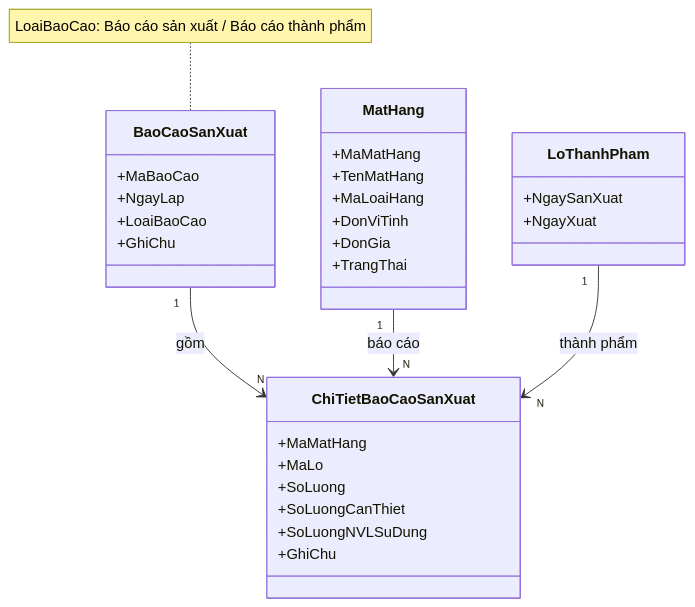
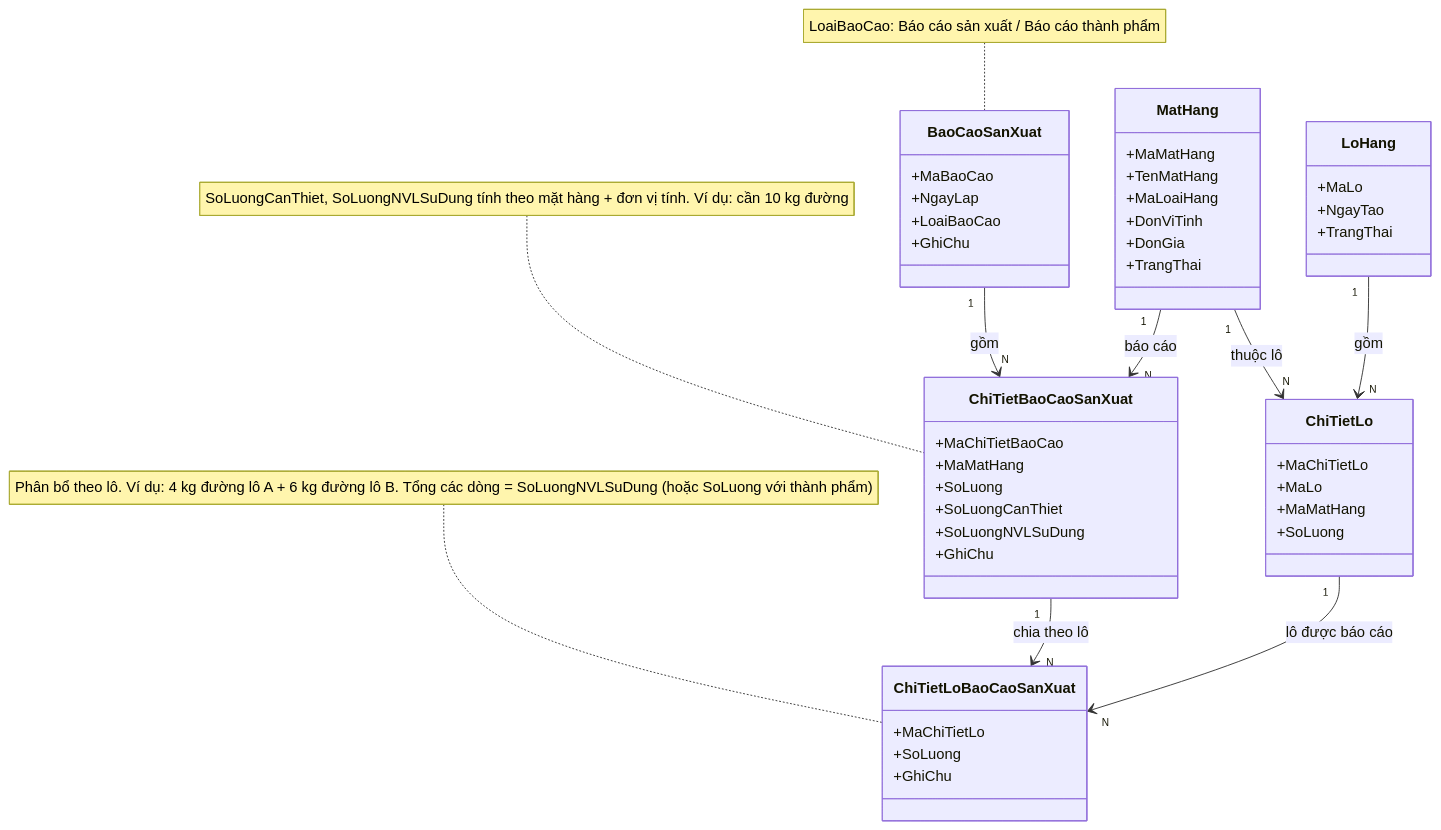
One commit to vthaix/WarehouseSystem changed diagram 12 of 14 in domain_model.md. Above: the diagram before and after it, drawn with Mermaid. The commit also changed other lines of this file, not shown here.

````diff
--- a/domain_model.md
+++ b/domain_model.md
@@ -519,40 +612,60 @@
 ```mermaid
 classDiagram
 
     class BaoCaoSanXuat {
         +MaBaoCao
         +NgayLap
         +LoaiBaoCao
         +GhiChu
     }
 
     class ChiTietBaoCaoSanXuat {
+        +MaChiTietBaoCao
         +MaMatHang
-        +MaLo
         +SoLuong
         +SoLuongCanThiet
         +SoLuongNVLSuDung
+        +GhiChu
+    }
+
+    class ChiTietLoBaoCaoSanXuat {
+        +MaChiTietLo
+        +SoLuong
         +GhiChu
     }
 
     class MatHang {
         +MaMatHang
         +TenMatHang
         +MaLoaiHang
         +DonViTinh
         +DonGia
         +TrangThai
     }
 
-    class LoThanhPham {
-        +NgaySanXuat
-        +NgayXuat
+    class LoHang {
+        +MaLo
+        +NgayTao
+        +TrangThai
+    }
+
+    class ChiTietLo {
+        +MaChiTietLo
+        +MaLo
+        +MaMatHang
+        +SoLuong
     }
 
     BaoCaoSanXuat "1" --> "N" ChiTietBaoCaoSanXuat : gồm
     MatHang "1" --> "N" ChiTietBaoCaoSanXuat : báo cáo
-    LoThanhPham "1" --> "N" ChiTietBaoCaoSanXuat : thành phẩm
+    ChiTietBaoCaoSanXuat "1" --> "N" ChiTietLoBaoCaoSanXuat : chia theo lô
+
+    MatHang "1" --> "N" ChiTietLo : thuộc lô
+    LoHang "1" --> "N" ChiTietLo : gồm
+    ChiTietLo "1" --> "N" ChiTietLoBaoCaoSanXuat : lô được báo cáo
 
     note for BaoCaoSanXuat "LoaiBaoCao: Báo cáo sản xuất / Báo cáo thành phẩm"
+    note for ChiTietBaoCaoSanXuat "SoLuongCanThiet, SoLuongNVLSuDung tính theo mặt hàng + đơn vị tính. Ví dụ: cần 10 kg đường"
+    note for ChiTietLoBaoCaoSanXuat "Phân bổ theo lô. Ví dụ: 4 kg đường lô A + 6 kg đường lô B. Tổng các dòng = SoLuongNVLSuDung (hoặc SoLuong với thành phẩm)"
 
 ```
````
